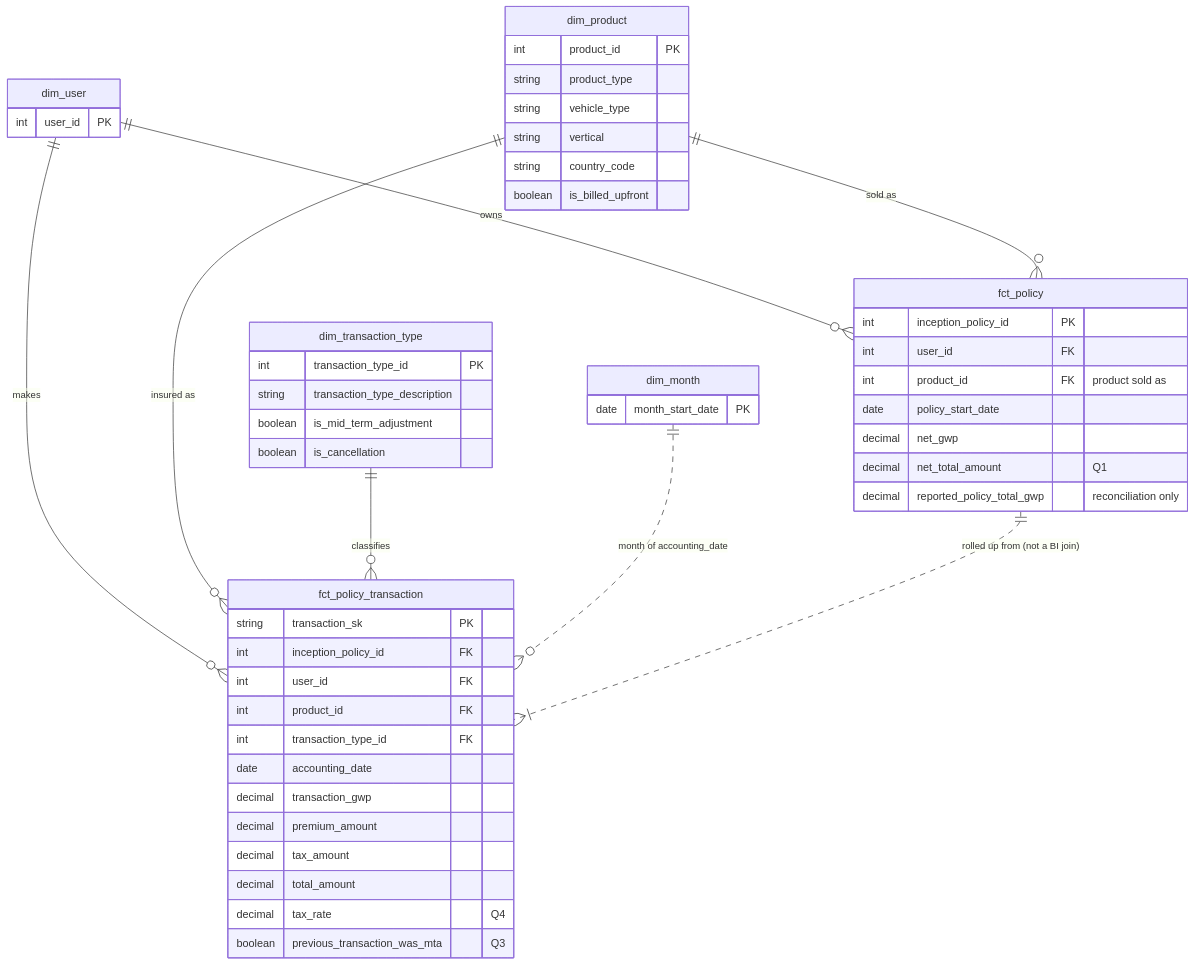
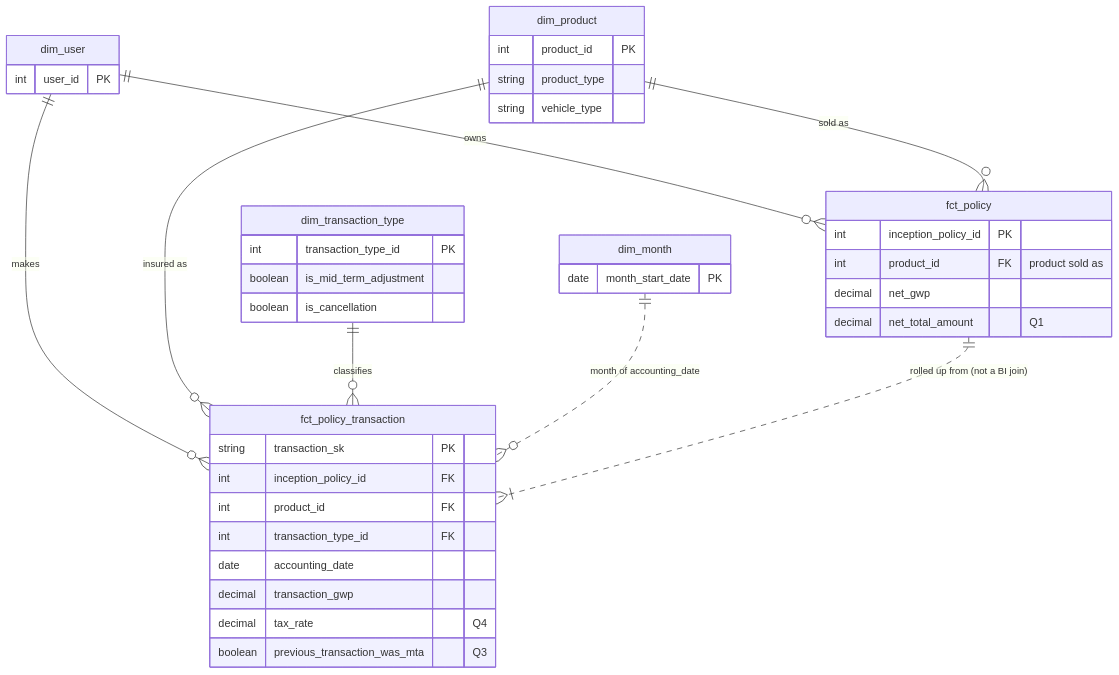
Before and after one commit to Khalid-Ghzaoui/zego_ae_task: the diagram in README.md, drawn with Mermaid. The commit also changed other lines of this file, not shown here.

````diff
--- a/README.md
+++ b/README.md
@@ -111,54 +65,43 @@
 ```mermaid
 erDiagram
     dim_user ||--o{ fct_policy_transaction : "makes"
     dim_product ||--o{ fct_policy_transaction : "insured as"
     dim_transaction_type ||--o{ fct_policy_transaction : "classifies"
     dim_month ||..o{ fct_policy_transaction : "month of accounting_date"
     dim_user ||--o{ fct_policy : "owns"
     dim_product ||--o{ fct_policy : "sold as"
     fct_policy ||..|{ fct_policy_transaction : "rolled up from (not a BI join)"
 
     fct_policy_transaction {
         string  transaction_sk PK
         int     inception_policy_id FK
-        int     user_id FK
         int     product_id FK
         int     transaction_type_id FK
         date    accounting_date
         decimal transaction_gwp
-        decimal premium_amount
-        decimal tax_amount
-        decimal total_amount
         decimal tax_rate "Q4"
         boolean previous_transaction_was_mta "Q3"
     }
     fct_policy {
         int     inception_policy_id PK
-        int     user_id FK
         int     product_id FK "product sold as"
-        date    policy_start_date
         decimal net_gwp
         decimal net_total_amount "Q1"
-        decimal reported_policy_total_gwp "reconciliation only"
     }
     dim_product {
         int     product_id PK
         string  product_type
         string  vehicle_type
-        string  vertical
-        string  country_code
-        boolean is_billed_upfront
     }
     dim_transaction_type {
         int     transaction_type_id PK
-        string  transaction_type_description
         boolean is_mid_term_adjustment
         boolean is_cancellation
     }
     dim_user {
         int     user_id PK
     }
     dim_month {
         date    month_start_date PK
     }
 ```
````
